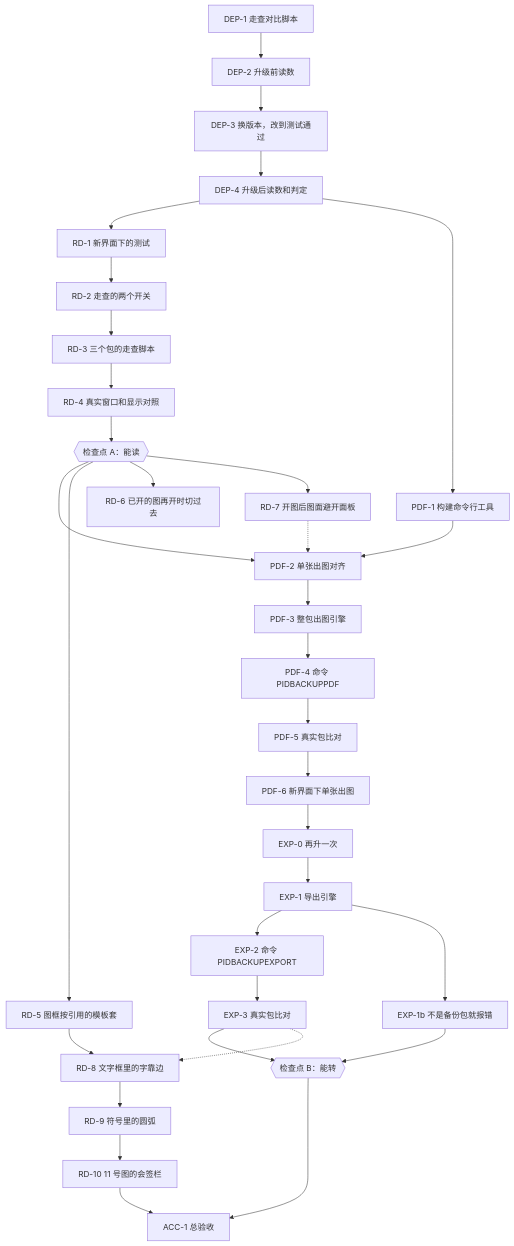
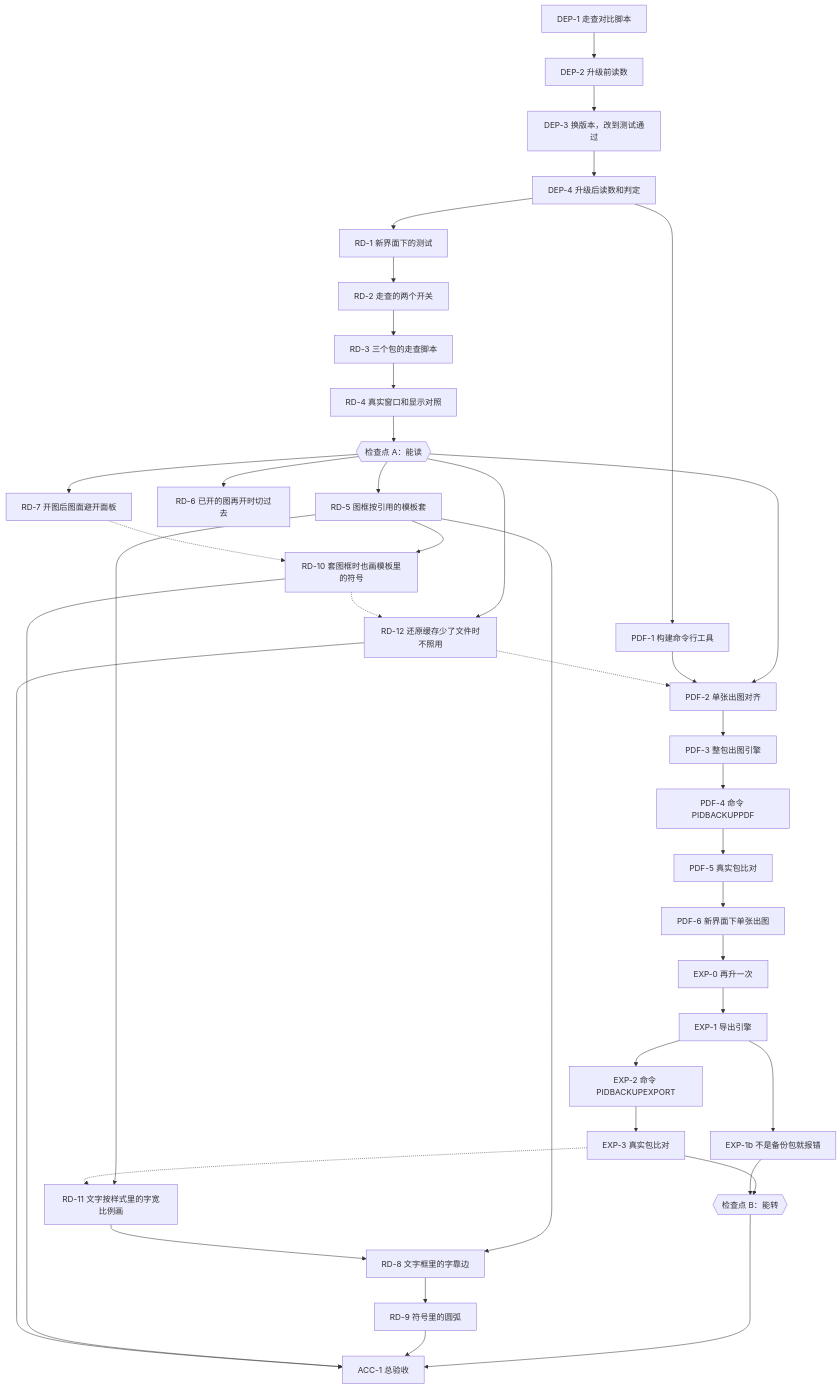
One commit to happyrust/OpenCADStudio changed the diagram in docs/plans/2026-11-17-sppid-backup-publish/plan.md. Above: the diagram before and after it, drawn with Mermaid. The commit also changed other lines of this file and 6 other files, not shown here.

First line of the commit message:
RD-5 图框按文件引用的模板套

````diff
--- a/docs/plans/2026-11-17-sppid-backup-publish/plan.md
+++ b/docs/plans/2026-11-17-sppid-backup-publish/plan.md
@@ -95,35 +95,42 @@
 ```mermaid
 flowchart TD
     DEP1["DEP-1 走查对比脚本"] --> DEP2["DEP-2 升级前读数"]
     DEP2 --> DEP3["DEP-3 换版本，改到测试通过"]
     DEP3 --> DEP4["DEP-4 升级后读数和判定"]
     DEP4 --> RD1["RD-1 新界面下的测试"]
     RD1 --> RD2["RD-2 走查的两个开关"]
     RD2 --> RD3["RD-3 三个包的走查脚本"]
     RD3 --> RD4["RD-4 真实窗口和显示对照"]
     RD4 --> A{{"检查点 A：能读"}}
     DEP4 --> PDF1["PDF-1 构建命令行工具"]
     A --> PDF2["PDF-2 单张出图对齐"]
     PDF1 --> PDF2
     PDF2 --> PDF3["PDF-3 整包出图引擎"]
     PDF3 --> PDF4["PDF-4 命令 PIDBACKUPPDF"]
     PDF4 --> PDF5["PDF-5 真实包比对"]
     PDF5 --> PDF6["PDF-6 新界面下单张出图"]
     PDF6 --> EXP0["EXP-0 再升一次"]
     EXP0 --> EXP1["EXP-1 导出引擎"]
     EXP1 --> EXP2["EXP-2 命令 PIDBACKUPEXPORT"]
     EXP2 --> EXP3["EXP-3 真实包比对"]
     EXP3 --> B{{"检查点 B：能转"}}
     EXP1 --> EXP1B["EXP-1b 不是备份包就报错"]
     EXP1B --> B
     B --> ACC1["ACC-1 总验收"]
     A --> RD5["RD-5 图框按引用的模板套"]
     A --> RD6["RD-6 已开的图再开时切过去"]
     A --> RD7["RD-7 开图后图面避开面板"]
+    RD5 --> RD10["RD-10 套图框时也画模板里的符号"]
+    A --> RD12["RD-12 还原缓存少了文件时不照用"]
+    RD5 --> RD11["RD-11 文字按样式里的字宽比例画"]
     RD5 --> RD8["RD-8 文字框里的字靠边"]
+    RD11 --> RD8
     RD8 --> RD9["RD-9 符号里的圆弧"]
-    RD9 --> RD10["RD-10 11 号图的会签栏"]
+    RD9 --> ACC1
     RD10 --> ACC1
-    RD7 -.-> PDF2
-    EXP3 -.-> RD8
+    RD12 --> ACC1
+    RD7 -.-> RD10
+    RD10 -.-> RD12
+    RD12 -.-> PDF2
+    EXP3 -.-> RD11
 ```
````
